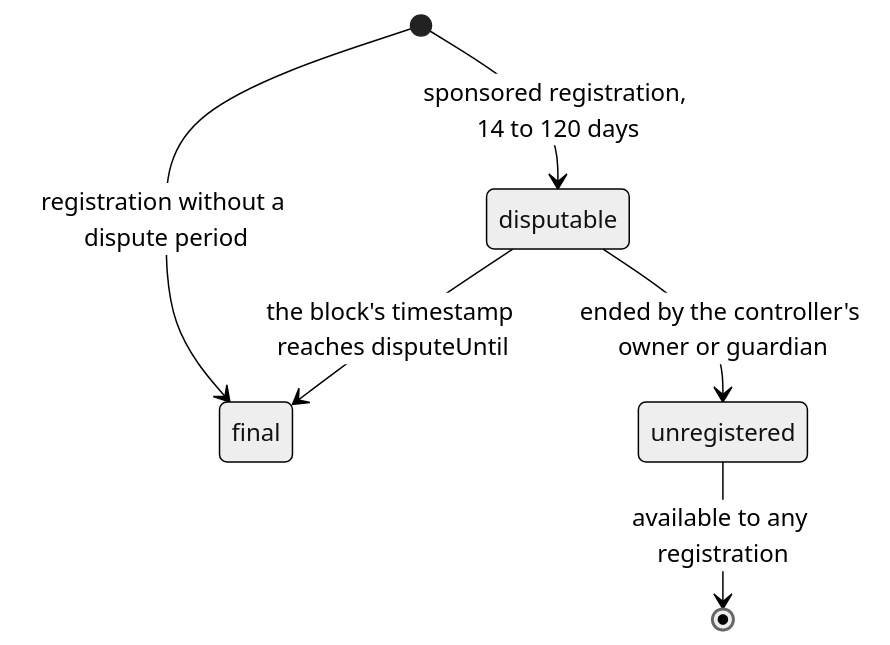
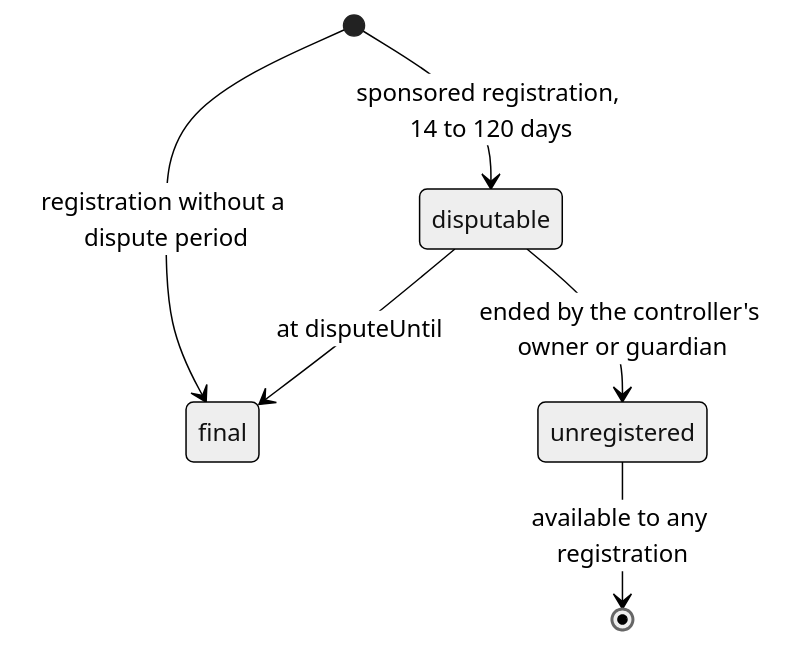
One commit to simplex-chat/simplexmq changed the first of 2 diagrams in plans/2026-11-20-names-dispute-period.md. Above: the diagram before and after it, drawn with Mermaid (neutral theme). The commit also changed other lines of this file, not shown here.

Commit message:
names, resolver: plan a null dispute end, and decisions without reasons

````diff
--- a/plans/2026-11-20-names-dispute-period.md
+++ b/plans/2026-11-20-names-dispute-period.md
@@ -35,8 +35,8 @@
 ```mermaid
 stateDiagram-v2
   [*] --> disputable: sponsored registration, 14 to 120 days
   [*] --> final: registration without a dispute period
-  disputable --> final: the block's timestamp reaches disputeUntil
+  disputable --> final: at disputeUntil
   disputable --> unregistered: ended by the controller's owner or guardian
   unregistered --> [*]: available to any registration
 ```
````
